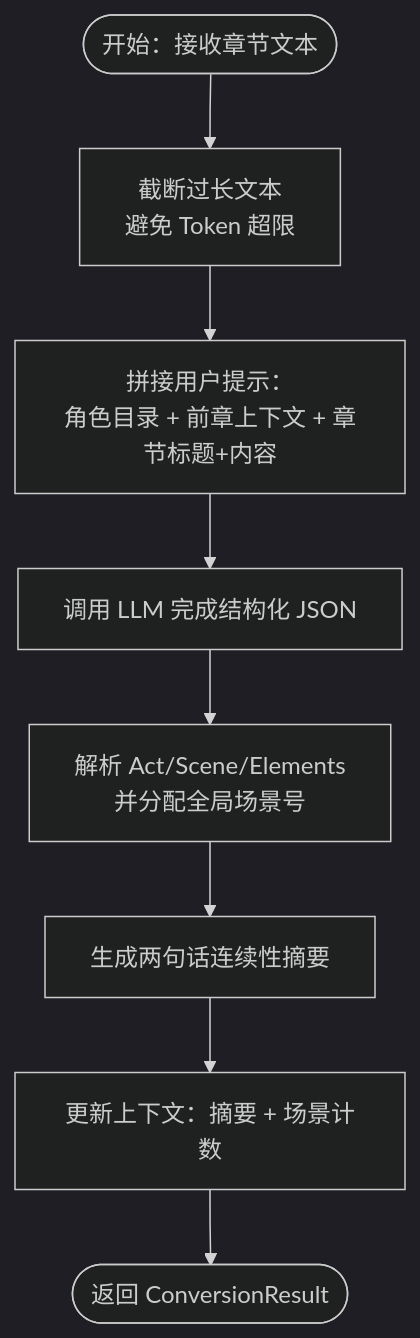
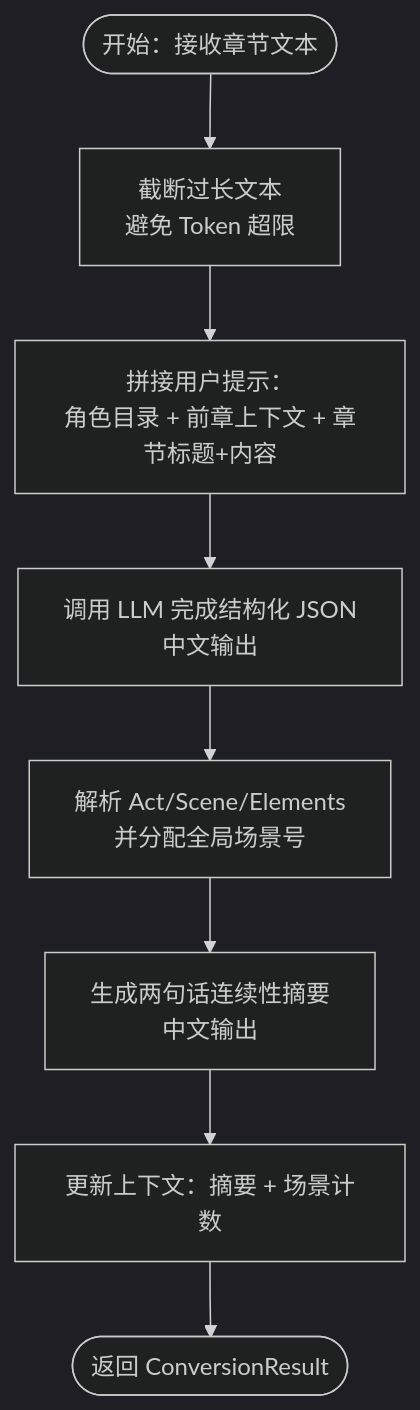
The third of 8 diagrams in .qoder/repowiki/zh/content/LLM集成/提示工程设计.md (tjujingzong/Novel-to-Screenplay), drawn with Mermaid (dark theme) before and after one commit. The commit also changed other lines of this file and 21 other files, not shown here.

````diff
--- a/.qoder/repowiki/zh/content/LLM集成/提示工程设计.md
+++ b/.qoder/repowiki/zh/content/LLM集成/提示工程设计.md
@@ -187,10 +192,10 @@
 ```mermaid
 flowchart TD
 Start(["开始：接收章节文本"]) --> Trunc["截断过长文本<br/>避免 Token 超限"]
 Trunc --> BuildUser["拼接用户提示：<br/>角色目录 + 前章上下文 + 章节标题+内容"]
-BuildUser --> CallLLM["调用 LLM 完成结构化 JSON"]
+BuildUser --> CallLLM["调用 LLM 完成结构化 JSON<br/>中文输出"]
 CallLLM --> Parse["解析 Act/Scene/Elements<br/>并分配全局场景号"]
-Parse --> Summary["生成两句话连续性摘要"]
+Parse --> Summary["生成两句话连续性摘要<br/>中文输出"]
 Summary --> UpdateCtx["更新上下文：摘要 + 场景计数"]
 UpdateCtx --> End(["返回 ConversionResult"])
 ```
````
